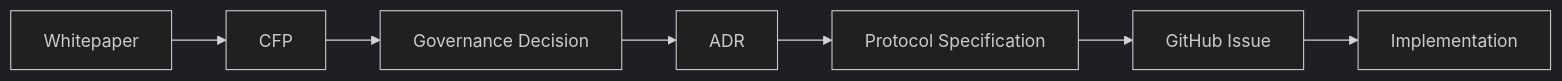
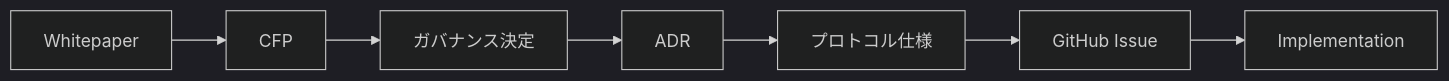
One commit to ShigeichiroYamasaki/creator-first-platform changed the diagram in docs/adr/index.md. Above: the diagram before and after it, drawn with Mermaid (dark theme). The commit also changed other lines of this file and 67 other files, not shown here.

````diff
--- a/docs/adr/index.md
+++ b/docs/adr/index.md
@@ -16,12 +18,12 @@
 ```mermaid
 flowchart LR
     WP[Whitepaper]
     CFP[CFP]
-    GOV[Governance Decision]
+    GOV[ガバナンス決定]
     ADR[ADR]
-    SPEC[Protocol Specification]
+    SPEC[プロトコル仕様]
     ISSUE[GitHub Issue]
     CODE[Implementation]
 
     WP --> CFP --> GOV --> ADR --> SPEC --> ISSUE --> CODE
 ```
````
